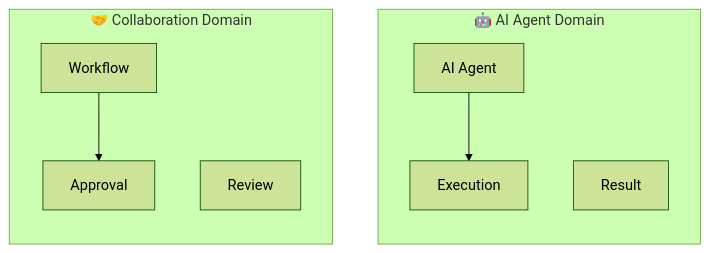
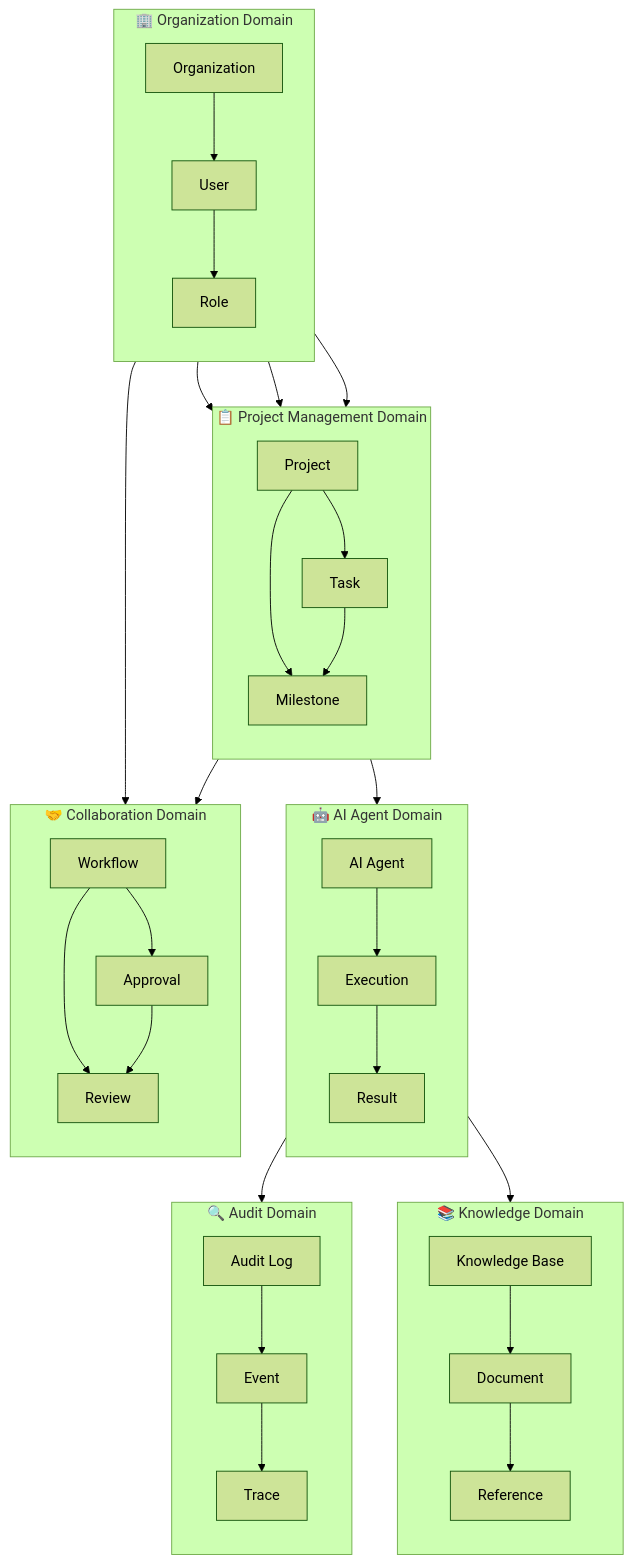
The first of 18 diagrams in docs/030000_設計/034000_アプリケーション設計/034010_ドメインモデル.md (daichiTAAA/AgentOpsPlatform), drawn with Mermaid (forest theme) before and after one commit. The commit also changed other lines of this file, not shown here.

````diff
--- a/docs/030000_設計/034000_アプリケーション設計/034010_ドメインモデル.md
+++ b/docs/030000_設計/034000_アプリケーション設計/034010_ドメインモデル.md
@@ -48,19 +28,82 @@
 ```mermaid
 graph TD
+    subgraph "🏢 Organization Domain"
+        direction TB
+        ORG[Organization]
+        USER[User]
+        ROLE[Role]
+    end
+
+    subgraph "📋 Project Management Domain"
+        direction TB
+        PROJ[Project]
+        TASK[Task]
+        MILESTONE[Milestone]
+    end
+
     subgraph "🤖 AI Agent Domain"
         direction TB
         AGENT[AI Agent]
         EXEC[Execution]
         RESULT[Result]
     end
     
     subgraph "🤝 Collaboration Domain"
         direction TB
         WORKFLOW[Workflow]
         APPROVAL[Approval]
         REVIEW[Review]
     end
 
+    subgraph "📚 Knowledge Domain"
+        direction TB
+        KNOWLEDGE[Knowledge Base]
+        DOCUMENT[Document]
+        REFERENCE[Reference]
+    end
+    
+    subgraph "🔍 Audit Domain"
+        direction TB
+        AUDIT[Audit Log]
+        EVENT[Event]
+        TRACE[Trace]
+    end
+
+    %% Organization Domain 内の関係
+    ORG --> USER
+    USER --> ROLE
+
+    %% ドメイン間の基本関係
+    ORG --> PROJ
+    USER --> PROJ
+    USER --> TASK
+
+    %% Project Management Domain 内の関係
+    PROJ --> TASK
+    PROJ --> MILESTONE
+    TASK --> MILESTONE
+
+    %% AI Agent Domain 内の関係
     AGENT --> EXEC
+    EXEC --> RESULT
+
+    %% Collaboration Domain 内の関係
     WORKFLOW --> APPROVAL
+    WORKFLOW --> REVIEW
+    APPROVAL --> REVIEW
+
+    %% Knowledge Domain 内の関係
+    KNOWLEDGE --> DOCUMENT
+    DOCUMENT --> REFERENCE
+
+    %% Audit Domain 内の関係
+    AUDIT --> EVENT
+    EVENT --> TRACE
+
+    %% 人機協調のための重要な関係
+    TASK --> AGENT
+    TASK --> WORKFLOW
+    USER --> WORKFLOW
+    AGENT --> KNOWLEDGE
+    EXEC --> AUDIT
 ```
````
